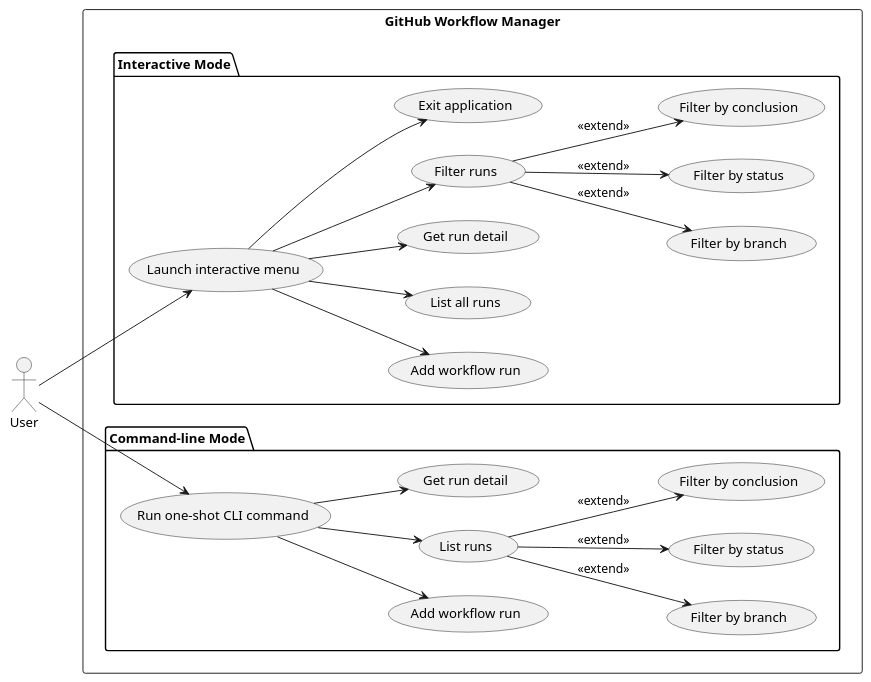
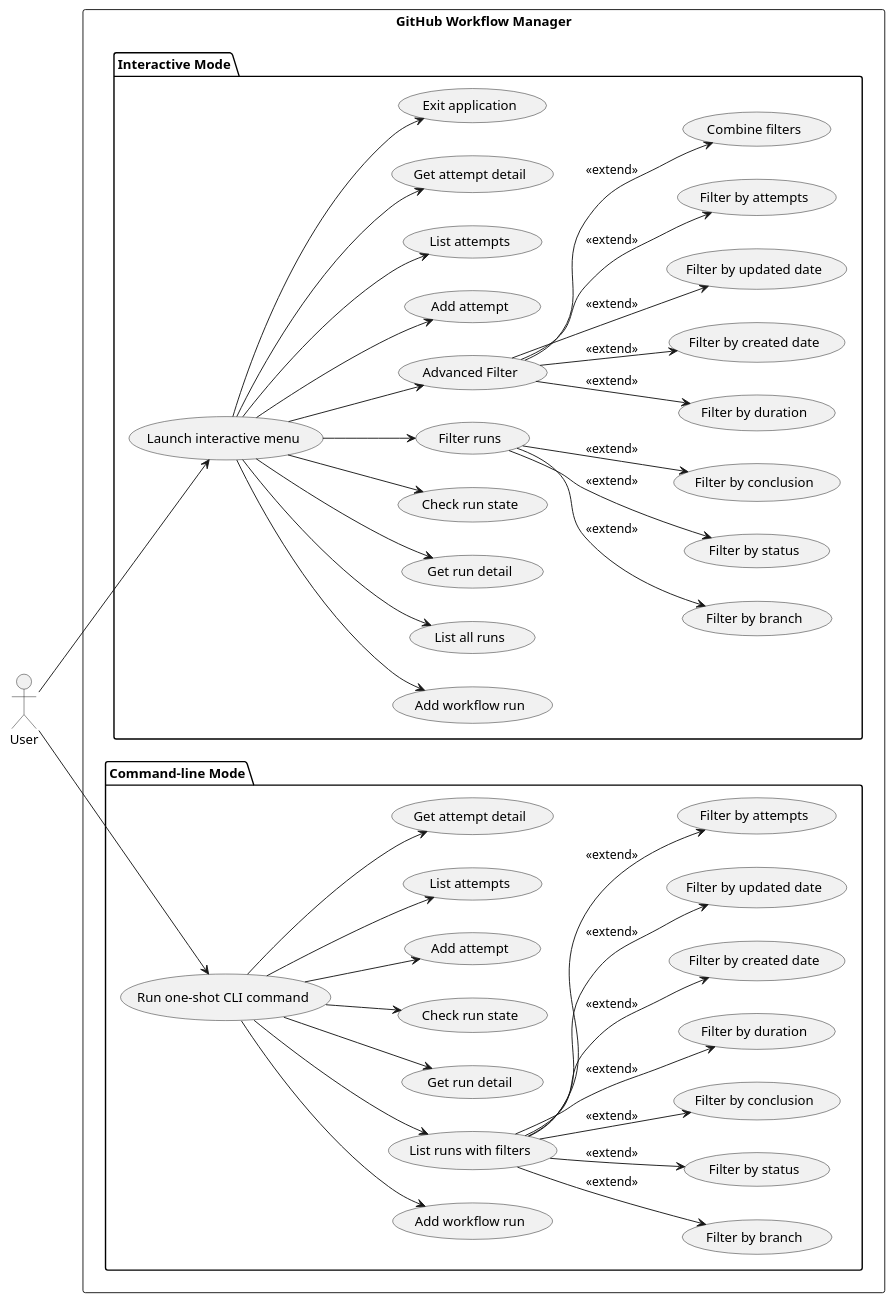
The diagram in experiments/supervisor_as_tools/structured_text/github-workflow-manager/artifacts/use_case_diagram.puml (DanielRiha8906/Software_autoevolution_using_agents), drawn with PlantUML before and after one commit. The commit also changed 11 other files, not shown here.

```diff
--- a/experiments/supervisor_as_tools/structured_text/github-workflow-manager/artifacts/use_case_diagram.puml
+++ b/experiments/supervisor_as_tools/structured_text/github-workflow-manager/artifacts/use_case_diagram.puml
@@ -1,53 +1,90 @@
 @startuml use_case_diagram
 
 left to right direction
 
 actor User
 
 rectangle "GitHub Workflow Manager" {
 
   package "Interactive Mode" {
     usecase "Launch interactive menu"  as UI
     usecase "Add workflow run"         as I_ADD
     usecase "List all runs"            as I_LIST
     usecase "Get run detail"           as I_DETAIL
+    usecase "Check run state"          as I_STATE
     usecase "Filter runs"              as I_FILTER
     usecase "Filter by branch"         as I_FBRANCH
     usecase "Filter by status"         as I_FSTATUS
     usecase "Filter by conclusion"     as I_FCONCL
+    usecase "Advanced Filter"          as I_ADV_FILTER
+    usecase "Filter by duration"       as I_FDURATION
+    usecase "Filter by created date"   as I_FCREATED
+    usecase "Filter by updated date"   as I_FUPDATED
+    usecase "Filter by attempts"       as I_FATTEMPTS
+    usecase "Combine filters"          as I_FCOMPOUND
+    usecase "Add attempt"              as I_ADD_ATT
+    usecase "List attempts"            as I_LIST_ATT
+    usecase "Get attempt detail"       as I_DETAIL_ATT
     usecase "Exit application"         as I_EXIT
   }
 
   package "Command-line Mode" {
     usecase "Run one-shot CLI command" as CLI
     usecase "Add workflow run"         as C_ADD
-    usecase "List runs"                as C_LIST
+    usecase "List runs with filters"   as C_LIST
     usecase "Filter by branch"         as C_FBRANCH
     usecase "Filter by status"         as C_FSTATUS
     usecase "Filter by conclusion"     as C_FCONCL
+    usecase "Filter by duration"       as C_FDURATION
+    usecase "Filter by created date"   as C_FCREATED
+    usecase "Filter by updated date"   as C_FUPDATED
+    usecase "Filter by attempts"       as C_FATTEMPTS
     usecase "Get run detail"           as C_DETAIL
+    usecase "Check run state"          as C_STATE
+    usecase "Add attempt"              as C_ADD_ATT
+    usecase "List attempts"            as C_LIST_ATT
+    usecase "Get attempt detail"       as C_DETAIL_ATT
   }
 }
 
 User --> UI
 User --> CLI
 
 UI --> I_ADD
 UI --> I_LIST
 UI --> I_DETAIL
+UI --> I_STATE
 UI --> I_FILTER
+UI --> I_ADV_FILTER
+UI --> I_ADD_ATT
+UI --> I_LIST_ATT
+UI --> I_DETAIL_ATT
 UI --> I_EXIT
 
 I_FILTER --> I_FBRANCH  : <<extend>>
 I_FILTER --> I_FSTATUS  : <<extend>>
 I_FILTER --> I_FCONCL   : <<extend>>
 
+I_ADV_FILTER --> I_FDURATION  : <<extend>>
+I_ADV_FILTER --> I_FCREATED   : <<extend>>
+I_ADV_FILTER --> I_FUPDATED   : <<extend>>
+I_ADV_FILTER --> I_FATTEMPTS  : <<extend>>
+I_ADV_FILTER --> I_FCOMPOUND  : <<extend>>
+
 CLI --> C_ADD
 CLI --> C_LIST
 CLI --> C_DETAIL
+CLI --> C_STATE
+CLI --> C_ADD_ATT
+CLI --> C_LIST_ATT
+CLI --> C_DETAIL_ATT
 
 C_LIST --> C_FBRANCH  : <<extend>>
 C_LIST --> C_FSTATUS  : <<extend>>
 C_LIST --> C_FCONCL   : <<extend>>
+C_LIST --> C_FDURATION  : <<extend>>
+C_LIST --> C_FCREATED   : <<extend>>
+C_LIST --> C_FUPDATED   : <<extend>>
+C_LIST --> C_FATTEMPTS  : <<extend>>
 
 @enduml
```
